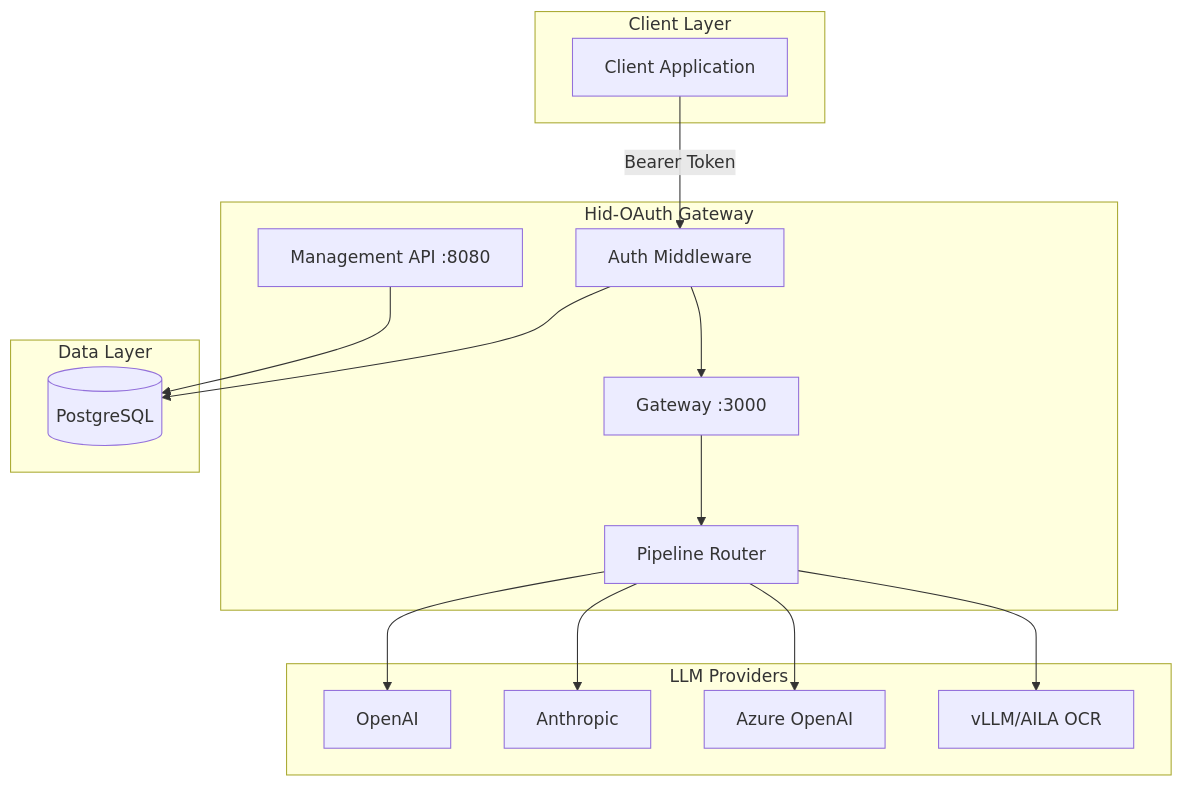
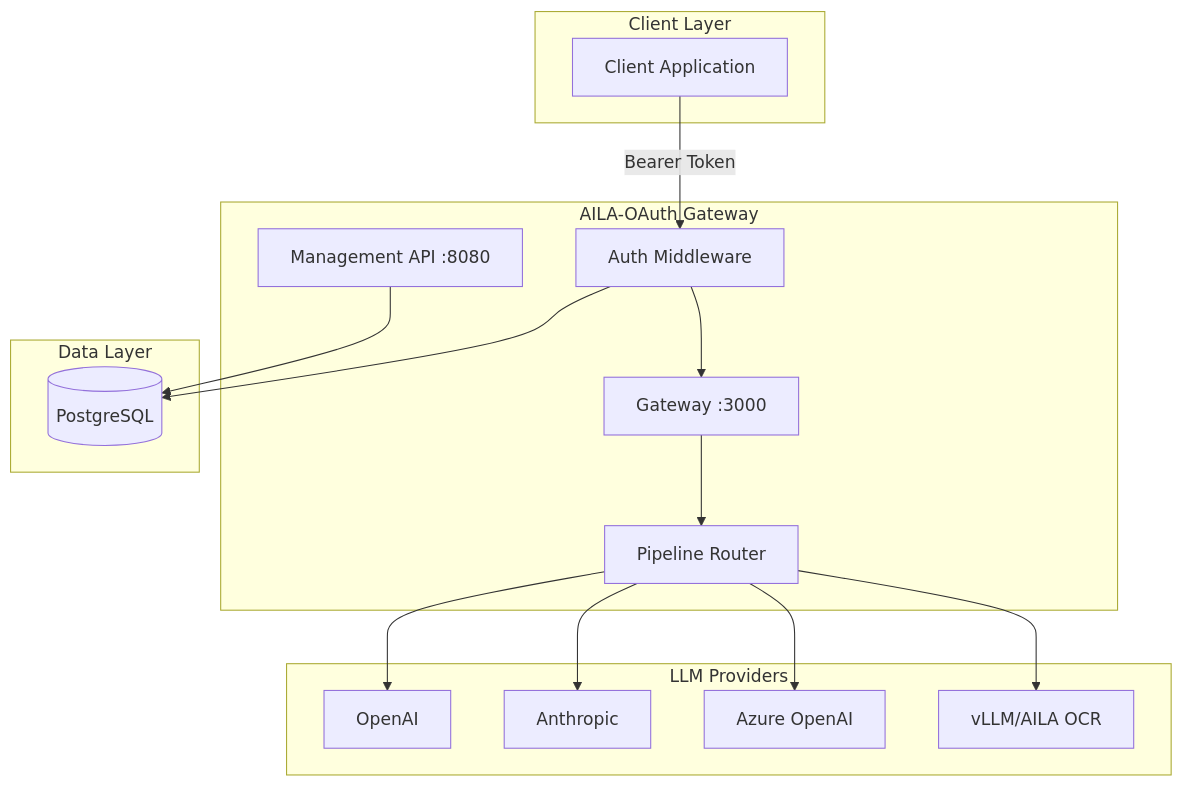
The first of 4 diagrams in docs/Guide.md (Yoiness-Brag/aila-gatway-vllm), drawn with Mermaid before and after one commit. The commit also changed other lines of this file and 23 other files, not shown here.

First line of the commit message:
refactor: Rename all HID/hid references to AILA/aila across entire codebase

````diff
--- a/docs/Guide.md
+++ b/docs/Guide.md
@@ -7,34 +7,34 @@
 ```mermaid
 graph TB
     subgraph "Client Layer"
         C[Client Application]
     end
 
-    subgraph "Hid-OAuth Gateway"
+    subgraph "AILA-OAuth Gateway"
         AUTH[Auth Middleware]
         GW[Gateway :3000]
         MGMT[Management API :8080]
         PIPE[Pipeline Router]
     end
 
     subgraph "Data Layer"
         PG[(PostgreSQL)]
     end
 
     subgraph "LLM Providers"
         OPENAI[OpenAI]
         ANTHROPIC[Anthropic]
         AZURE[Azure OpenAI]
         VLLM[vLLM/AILA OCR]
     end
 
     C -->|Bearer Token| AUTH
     AUTH --> GW
     GW --> PIPE
     PIPE --> OPENAI
     PIPE --> ANTHROPIC
     PIPE --> AZURE
     PIPE --> VLLM
     MGMT --> PG
     AUTH --> PG
 ```
````
